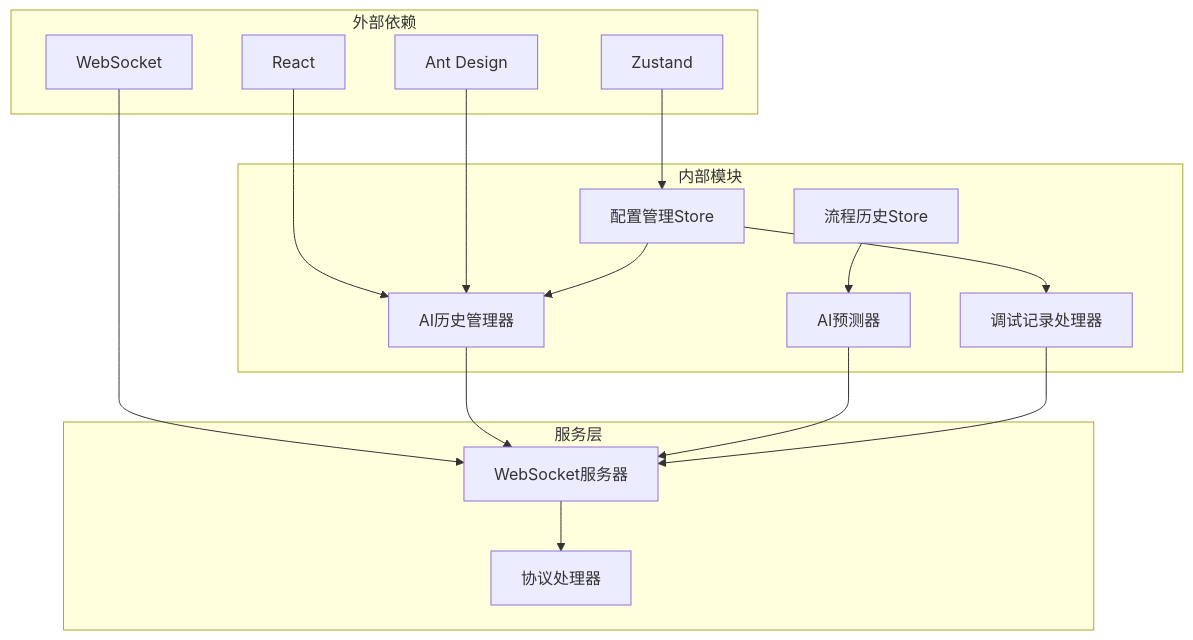
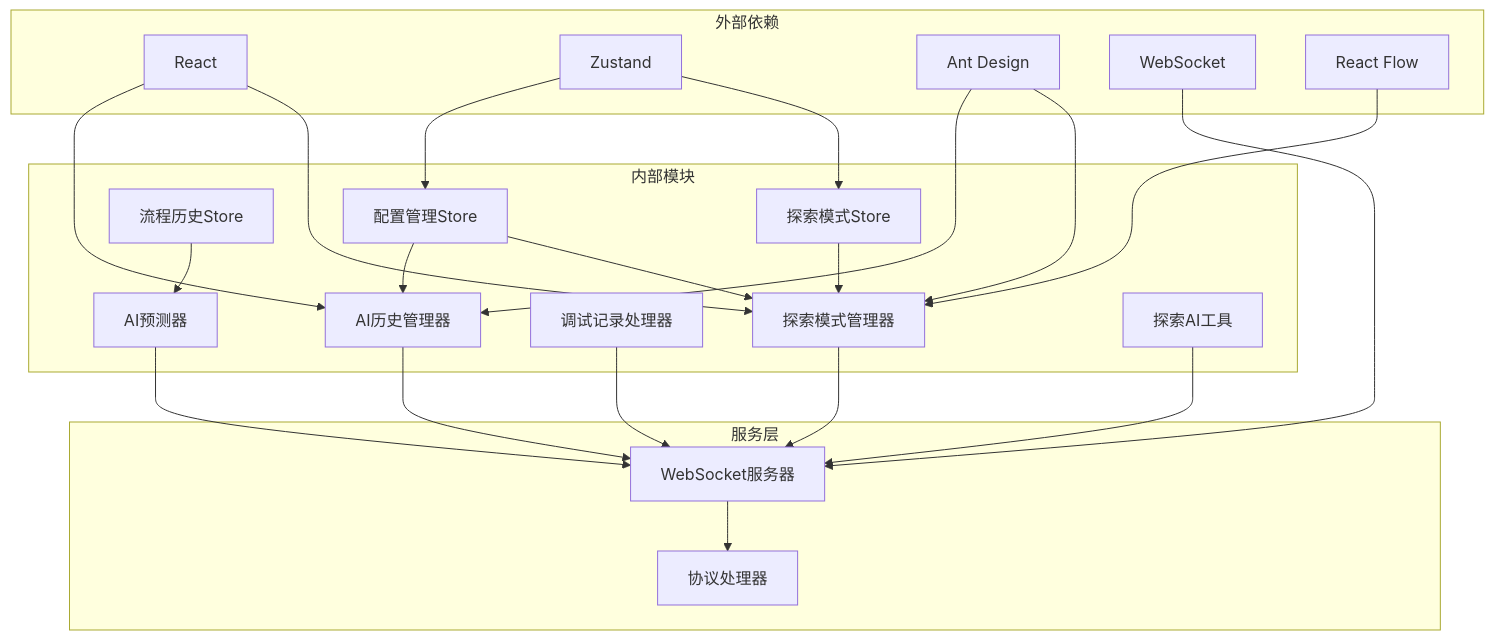
Before and after one commit to kqcoxn/MaaPipelineEditor: the tenth of 10 diagrams in .qoder/repowiki/zh/content/AI辅助功能/AI历史记录管理.md, drawn with Mermaid. The commit also changed other lines of this file and 17 other files, not shown here.

````diff
--- a/.qoder/repowiki/zh/content/AI辅助功能/AI历史记录管理.md
+++ b/.qoder/repowiki/zh/content/AI辅助功能/AI历史记录管理.md
@@ -315,31 +500,42 @@
 ```mermaid
 graph TB
 subgraph "外部依赖"
 A[React]
 B[Zustand]
 C[Ant Design]
 D[WebSocket]
+E[React Flow]
 end
 subgraph "内部模块"
-E[AI历史管理器]
-F[AI预测器]
-G[调试记录处理器]
-H[配置管理Store]
-I[流程历史Store]
+F[AI历史管理器]
+G[AI预测器]
+H[调试记录处理器]
+I[探索模式管理器]
+J[探索AI工具]
+K[配置管理Store]
+L[流程历史Store]
+M[探索模式Store]
 end
 subgraph "服务层"
-J[WebSocket服务器]
-K[协议处理器]
+N[WebSocket服务器]
+O[协议处理器]
 end
-A --> E
-B --> H
-C --> E
-D --> J
-E --> J
-F --> J
-G --> J
-H --> E
-H --> G
-I --> F
-J --> K
+A --> F
+A --> I
+B --> K
+B --> M
+C --> F
+C --> I
+D --> N
+E --> I
+F --> N
+G --> N
+H --> N
+I --> N
+J --> N
+K --> F
+K --> I
+L --> G
+M --> I
+N --> O
 ```
````
